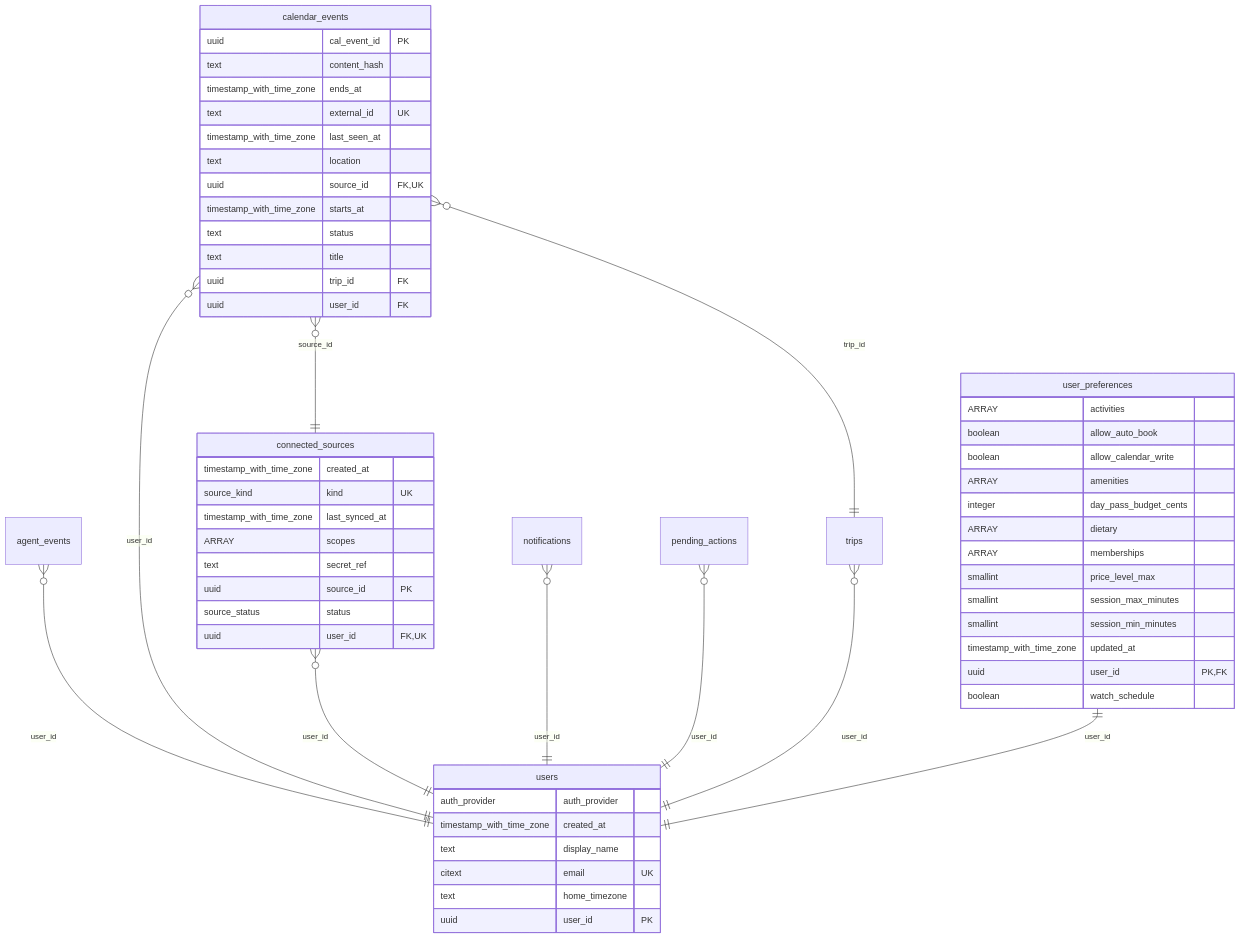
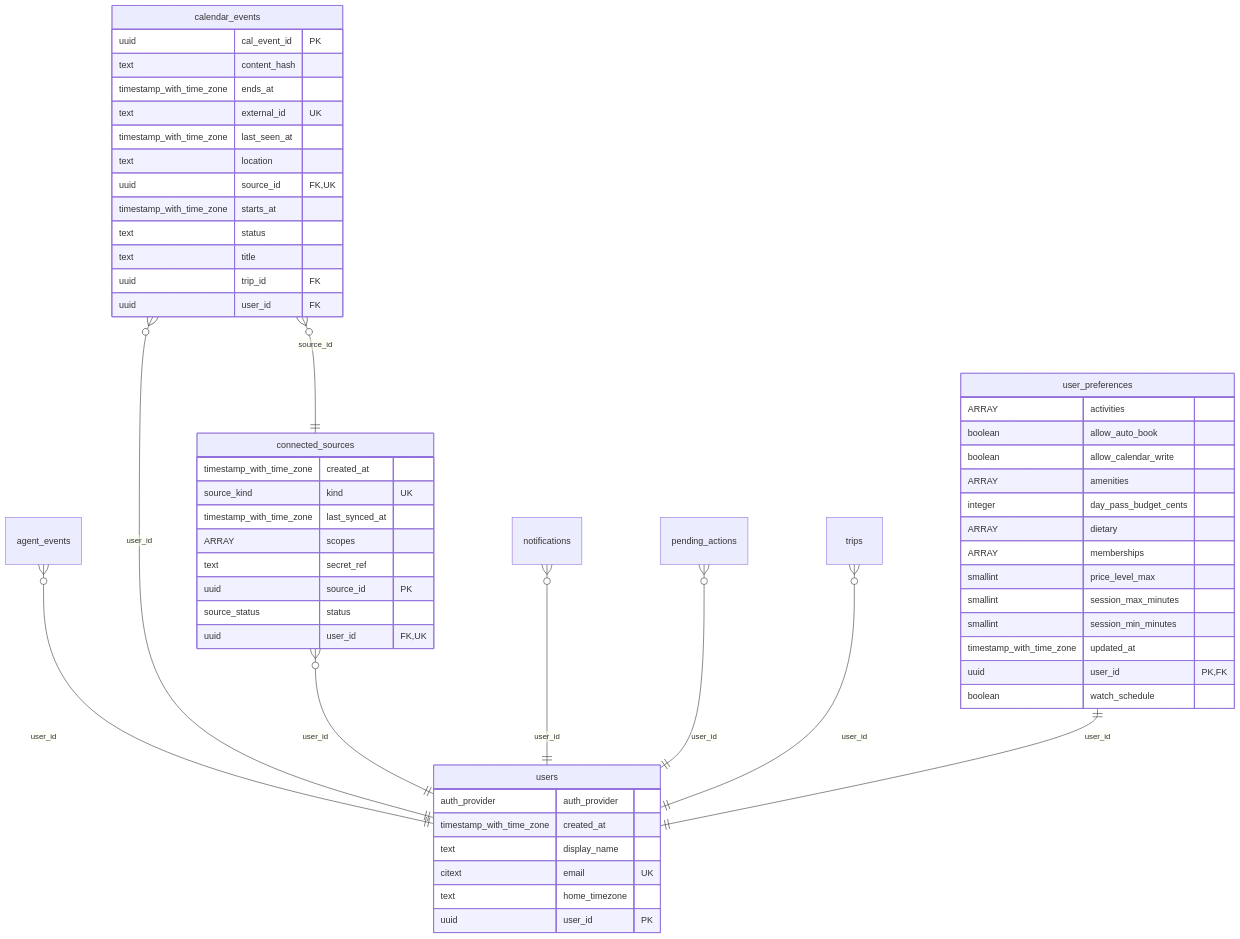
Before and after one commit to scrivner-solutions/travelwell-agent: the second of 5 diagrams in docs/ERD.md, drawn with Mermaid. The commit also changed other lines of this file and 6 other files, not shown here.

Commit message:
refactor: drop calendar_events.trip_id

````diff
--- a/docs/ERD.md
+++ b/docs/ERD.md
@@ -59,63 +58,62 @@
 ```mermaid
 erDiagram
     users {
         auth_provider auth_provider 
         timestamp_with_time_zone created_at 
         text display_name 
         citext email UK 
         text home_timezone 
         uuid user_id PK 
     }
     user_preferences {
         ARRAY activities 
         boolean allow_auto_book 
         boolean allow_calendar_write 
         ARRAY amenities 
         integer day_pass_budget_cents 
         ARRAY dietary 
         ARRAY memberships 
         smallint price_level_max 
         smallint session_max_minutes 
         smallint session_min_minutes 
         timestamp_with_time_zone updated_at 
         uuid user_id PK,FK 
         boolean watch_schedule 
     }
     connected_sources {
         timestamp_with_time_zone created_at 
         source_kind kind UK 
         timestamp_with_time_zone last_synced_at 
         ARRAY scopes 
         text secret_ref 
         uuid source_id PK 
         source_status status 
         uuid user_id FK,UK 
     }
     calendar_events {
         uuid cal_event_id PK 
         text content_hash 
         timestamp_with_time_zone ends_at 
         text external_id UK 
         timestamp_with_time_zone last_seen_at 
         text location 
         uuid source_id FK,UK 
         timestamp_with_time_zone starts_at 
         text status 
         text title 
         uuid trip_id FK 
         uuid user_id FK 
     }
     agent_events
     notifications
     pending_actions
     trips
     agent_events }o--|| users : "user_id"
     calendar_events }o--|| connected_sources : "source_id"
-    calendar_events }o--|| trips : "trip_id"
     calendar_events }o--|| users : "user_id"
     connected_sources }o--|| users : "user_id"
     notifications }o--|| users : "user_id"
     pending_actions }o--|| users : "user_id"
     trips }o--|| users : "user_id"
     user_preferences ||--|| users : "user_id"
 ```
````
